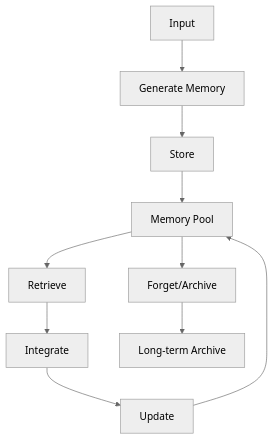
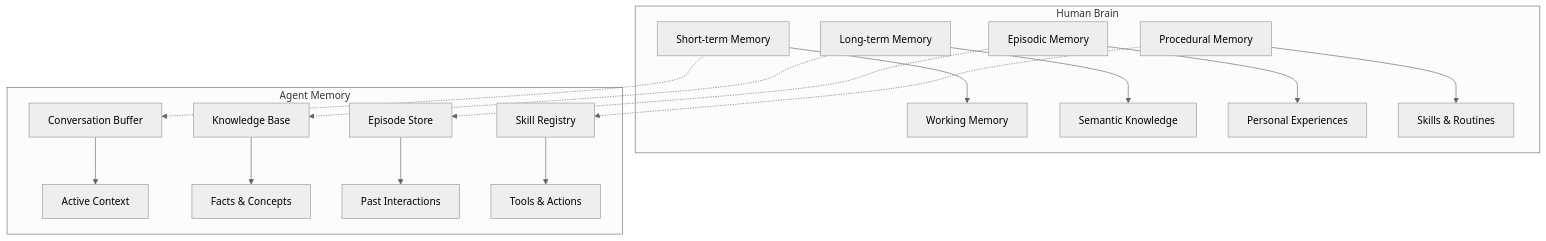
One commit to bredmond1019/learn-ai changed the diagram in content/learn/paths/agent-memory-systems/modules/01-understanding-agent-memory.mdx. Above: the diagram before and after it, drawn with Mermaid (neutral theme). The commit also changed other lines of this file and 81 other files, not shown here.

````diff
--- a/content/learn/paths/agent-memory-systems/modules/01-understanding-agent-memory.mdx
+++ b/content/learn/paths/agent-memory-systems/modules/01-understanding-agent-memory.mdx
@@ -142,12 +221,21 @@
 ```mermaid
-graph TD
-    A[Input] --> B[Generate Memory]
-    B --> C[Store]
-    C --> D[Memory Pool]
-    D --> E[Retrieve]
-    E --> F[Integrate]
-    F --> G[Update]
-    G --> D
-    D --> H[Forget/Archive]
-    H --> I[Long-term Archive]
+graph TB
+    subgraph "Human Brain"
+        A[Short-term Memory] --> B[Working Memory]
+        C[Long-term Memory] --> D[Semantic Knowledge]
+        E[Episodic Memory] --> F[Personal Experiences]
+        G[Procedural Memory] --> H[Skills & Routines]
+    end
+    
+    subgraph "Agent Memory"
+        I[Conversation Buffer] --> J[Active Context]
+        K[Knowledge Base] --> L[Facts & Concepts]
+        M[Episode Store] --> N[Past Interactions]
+        O[Skill Registry] --> P[Tools & Actions]
+    end
+    
+    A -.-> I
+    C -.-> K
+    E -.-> M
+    G -.-> O
 ```
````
